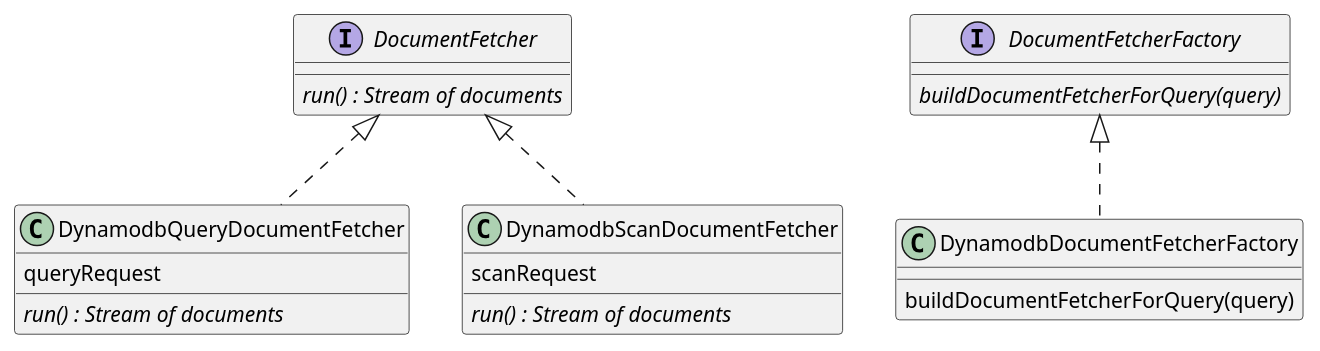
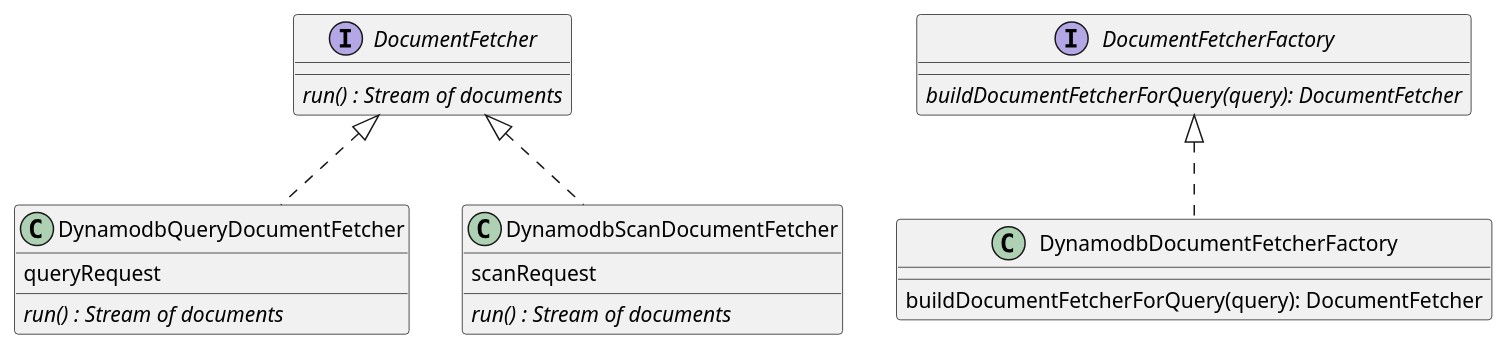
The diagram in doc/diagrams/documentFetcher.puml (exasol/dynamodb-virtual-schema), drawn with PlantUML before and after one commit. The commit also changed 1 other file, not shown here.

Commit message:
improved diagram

```diff
--- a/doc/diagrams/documentFetcher.puml
+++ b/doc/diagrams/documentFetcher.puml
@@ -1,28 +1,28 @@
 @startuml
 
 interface DocumentFetcher{
 {abstract} run() : Stream of documents
 }
 
 interface DocumentFetcherFactory{
-{abstract} buildDocumentFetcherForQuery(query)
+{abstract} buildDocumentFetcherForQuery(query): DocumentFetcher
 }
 
 class DynamodbQueryDocumentFetcher{
 queryRequest
 {abstract} run() : Stream of documents
 }
 
 class DynamodbScanDocumentFetcher{
 scanRequest
 {abstract} run() : Stream of documents
 }
 
 class DynamodbDocumentFetcherFactory{
-buildDocumentFetcherForQuery(query)
+buildDocumentFetcherForQuery(query): DocumentFetcher
 }
 DocumentFetcher <|.. DynamodbQueryDocumentFetcher
 DocumentFetcher <|.. DynamodbScanDocumentFetcher
 DocumentFetcherFactory <|.. DynamodbDocumentFetcherFactory
 
 @enduml
```
